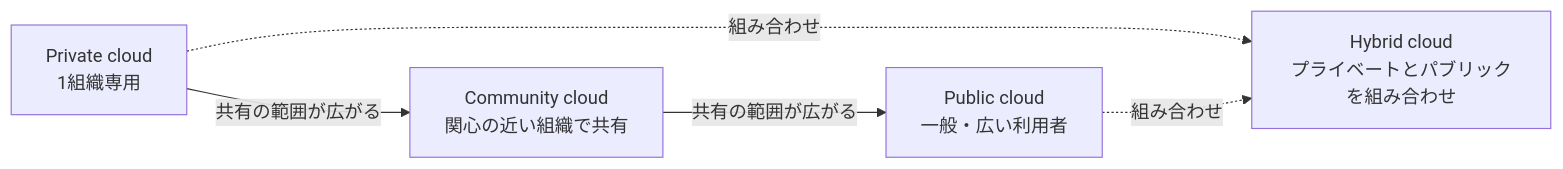
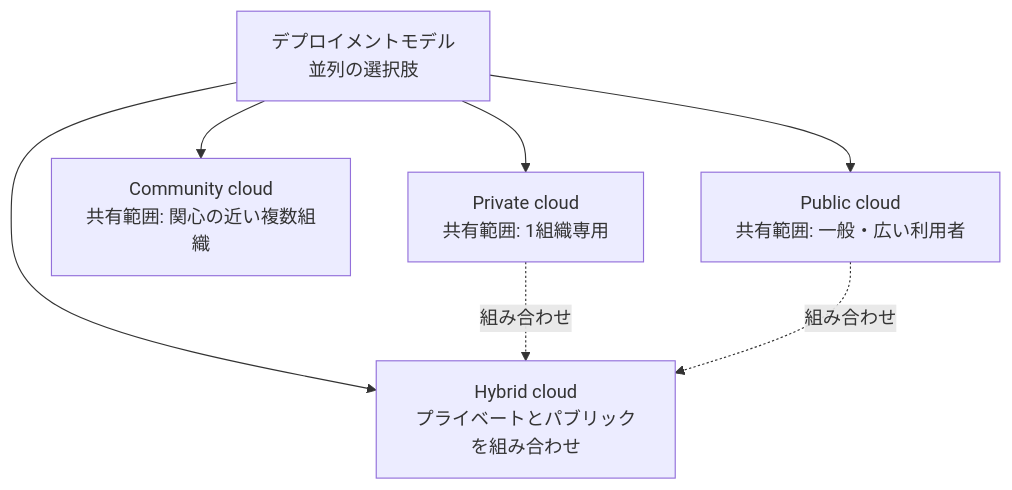
The seventh of 14 diagrams in Iso-iec-22123-2-guide.md (myoshi2891/Cloud-Infrastructure-and-Network-Studies), drawn with Mermaid before and after one commit. The commit also changed other lines of this file and 7 other files, not shown here.

````diff
--- a/Iso-iec-22123-2-guide.md
+++ b/Iso-iec-22123-2-guide.md
@@ -464,11 +466,14 @@
 ```mermaid
-flowchart LR
-    D1["Private cloud<br/>1組織専用"]
-    D2["Community cloud<br/>関心の近い組織で共有"]
-    D3["Public cloud<br/>一般・広い利用者"]
+flowchart TB
+    DM["デプロイメントモデル<br/>並列の選択肢"]
+    D1["Private cloud<br/>共有範囲: 1組織専用"]
+    D2["Community cloud<br/>共有範囲: 関心の近い複数組織"]
+    D3["Public cloud<br/>共有範囲: 一般・広い利用者"]
     D4["Hybrid cloud<br/>プライベートとパブリックを組み合わせ"]
-    D1 -->|"共有の範囲が広がる"| D2
-    D2 -->|"共有の範囲が広がる"| D3
+    DM --> D1
+    DM --> D2
+    DM --> D3
+    DM --> D4
     D1 -.->|"組み合わせ"| D4
     D3 -.->|"組み合わせ"| D4
 ```
````
